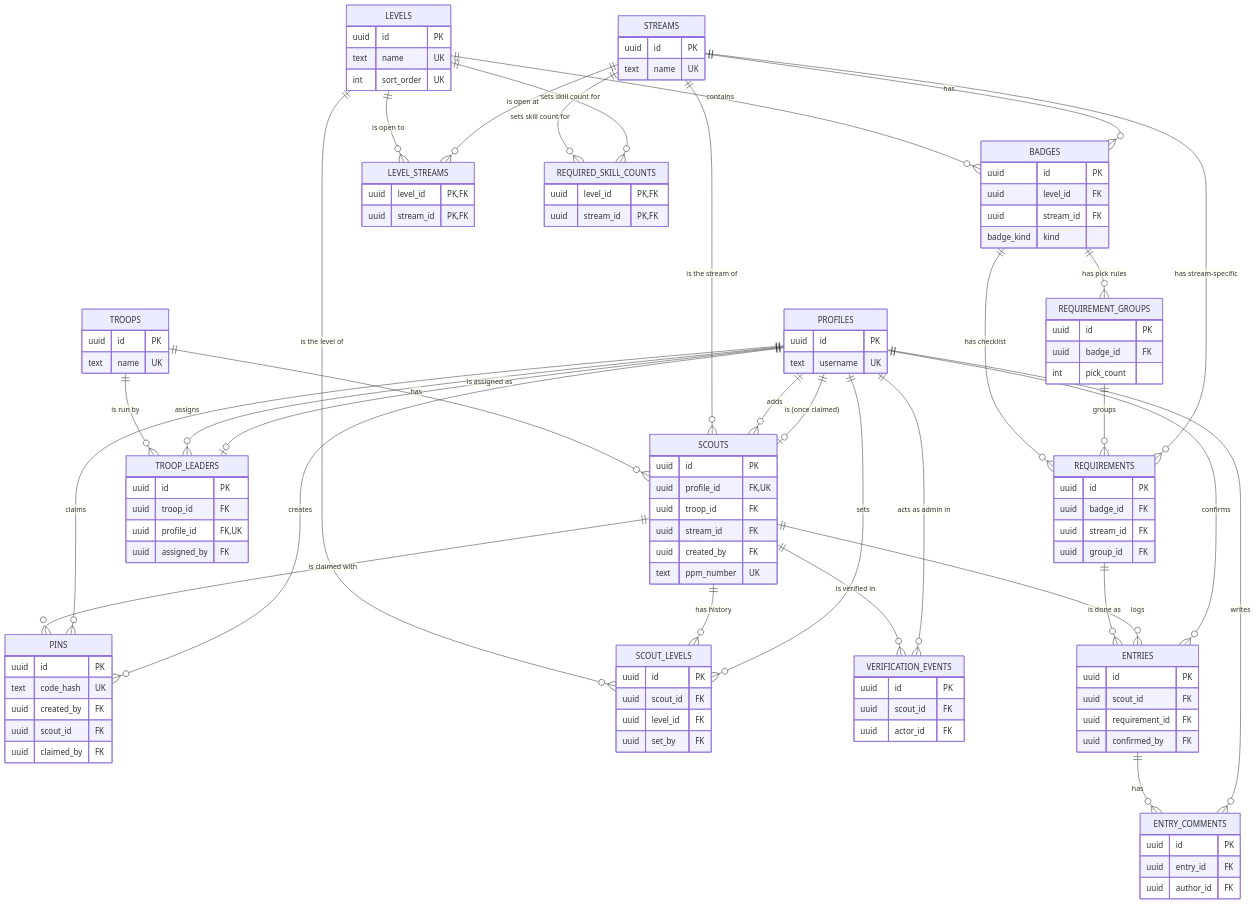
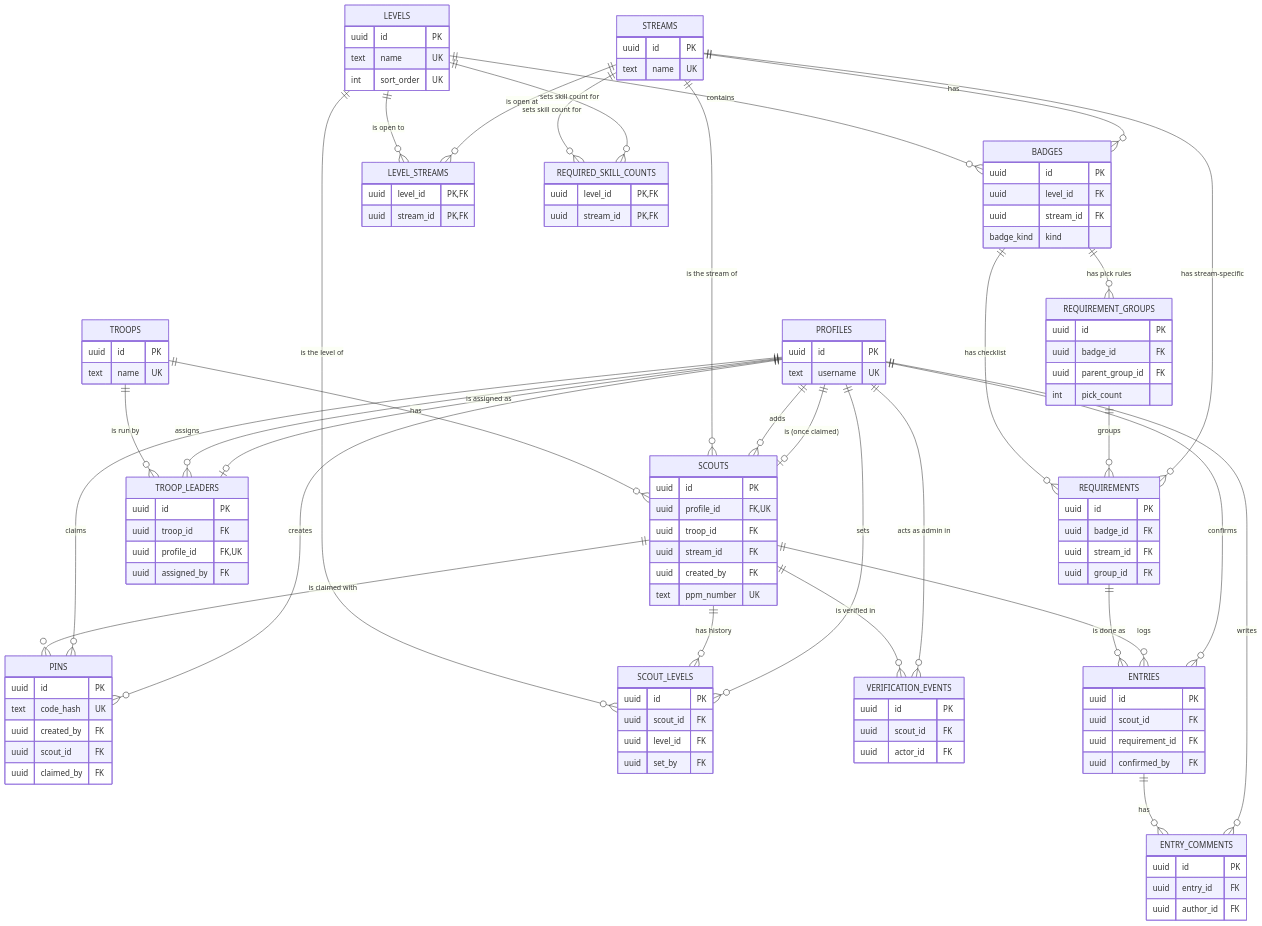
The diagram in docs/data-model.md (mrlhfz/badge-by-badge), drawn with Mermaid before and after one commit. The commit also changed other lines of this file and 6 other files, not shown here.

First line of the commit message:
feat[db]: add nested requirement groups and animal kind to schema, still wip

```diff
--- a/docs/data-model.md
+++ b/docs/data-model.md
@@ -105,6 +105,7 @@
   REQUIREMENT_GROUPS {
     uuid id PK
     uuid badge_id FK
+    uuid parent_group_id FK
     int pick_count
   }
   REQUIREMENTS {
```
